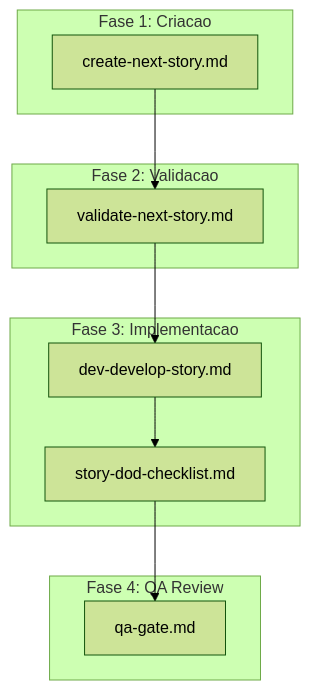
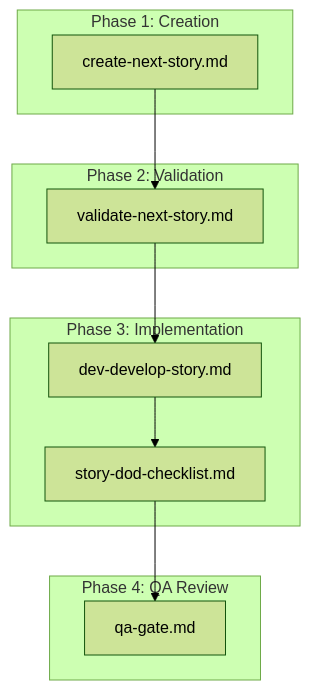
The sixth of 7 diagrams in docs/guides/workflows/STORY-DEVELOPMENT-CYCLE-WORKFLOW.md (CyryxLabs/AEXOS), drawn with Mermaid (forest theme) before and after one commit. The commit also changed other lines of this file and 528 other files, not shown here.

````diff
--- a/docs/guides/workflows/STORY-DEVELOPMENT-CYCLE-WORKFLOW.md
+++ b/docs/guides/workflows/STORY-DEVELOPMENT-CYCLE-WORKFLOW.md
@@ -511,24 +511,24 @@
 ```mermaid
 graph TD
-    subgraph "Fase 1: Criacao"
+    subgraph "Phase 1: Creation"
         T1[create-next-story.md]
     end
 
-    subgraph "Fase 2: Validacao"
+    subgraph "Phase 2: Validation"
         T2[validate-next-story.md]
     end
 
-    subgraph "Fase 3: Implementacao"
+    subgraph "Phase 3: Implementation"
         T3[dev-develop-story.md]
         T3a[story-dod-checklist.md]
     end
 
-    subgraph "Fase 4: QA Review"
+    subgraph "Phase 4: QA Review"
         T4[qa-gate.md]
     end
 
     T1 --> T2
     T2 --> T3
     T3 --> T3a
     T3a --> T4
 ```
````
